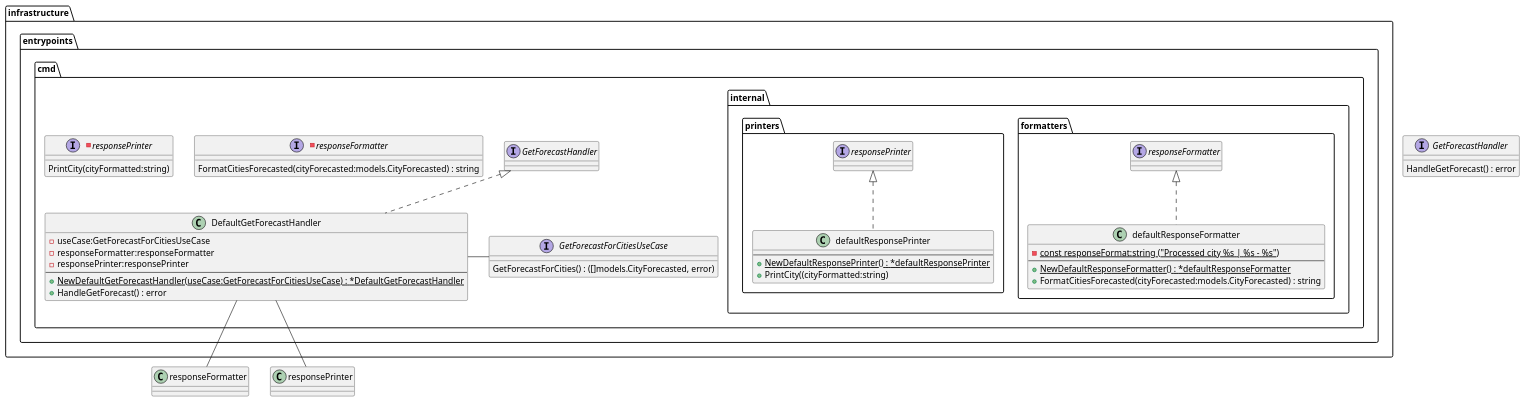
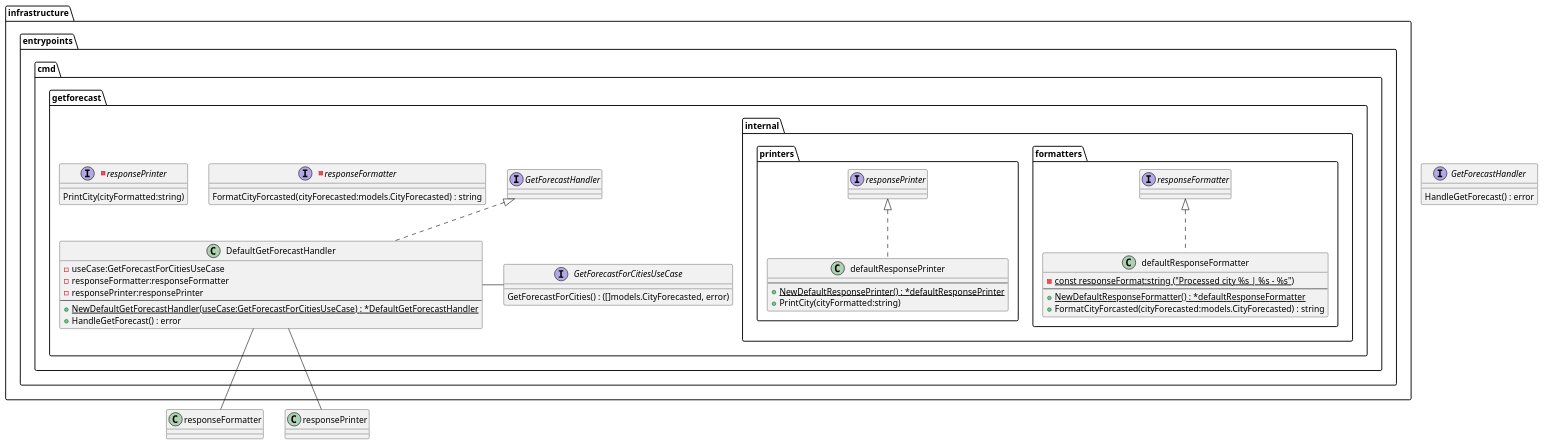
Before and after one commit to micoyeye22/TUITechHomework: the diagram in docs/usecases/getforecastforcities/handler/default_get_forecast_handler_class.puml, drawn with PlantUML. The commit also changed 9 other files, not shown here.

```diff
--- a/docs/usecases/getforecastforcities/handler/default_get_forecast_handler_class.puml
+++ b/docs/usecases/getforecastforcities/handler/default_get_forecast_handler_class.puml
@@ -1,53 +1,53 @@
 @startuml
 
 interface GetForecastHandler {
     HandleGetForecast() : error
 }
 
-package "infrastructure.entrypoints.cmd" {
+package "infrastructure.entrypoints.cmd.getforecast" {
     class DefaultGetForecastHandler implements GetForecastHandler {
         - useCase:GetForecastForCitiesUseCase
         - responseFormatter:responseFormatter
         - responsePrinter:responsePrinter
         ---
         + {static} NewDefaultGetForecastHandler(useCase:GetForecastForCitiesUseCase) : *DefaultGetForecastHandler
         + HandleGetForecast() : error
     }
 
     interface GetForecastForCitiesUseCase {
         GetForecastForCities() : ([]models.CityForecasted, error)
     }
 
     -interface responseFormatter {
-        FormatCitiesForecasted(cityForecasted:models.CityForecasted) : string
+        FormatCityForcasted(cityForecasted:models.CityForecasted) : string
     }
 
     -interface responsePrinter {
         PrintCity(cityFormatted:string)
     }
 
     package "internal" {
         package "formatters" {
             class defaultResponseFormatter implements responseFormatter {
                 - {static} const responseFormat:string ("Processed city %s | %s - %s")
                 ---
                 + {static} NewDefaultResponseFormatter() : *defaultResponseFormatter
-                + FormatCitiesForecasted(cityForecasted:models.CityForecasted) : string
+                + FormatCityForcasted(cityForecasted:models.CityForecasted) : string
             }
         }
 
         package "printers" {
             class defaultResponsePrinter implements responsePrinter {
                 ---
                 + {static} NewDefaultResponsePrinter() : *defaultResponsePrinter
-                + PrintCity((cityFormatted:string)
+                + PrintCity(cityFormatted:string)
             }
         }
     }
 }
 
 DefaultGetForecastHandler - GetForecastForCitiesUseCase
 DefaultGetForecastHandler -- responseFormatter
 DefaultGetForecastHandler -- responsePrinter
 
 @enduml
```
